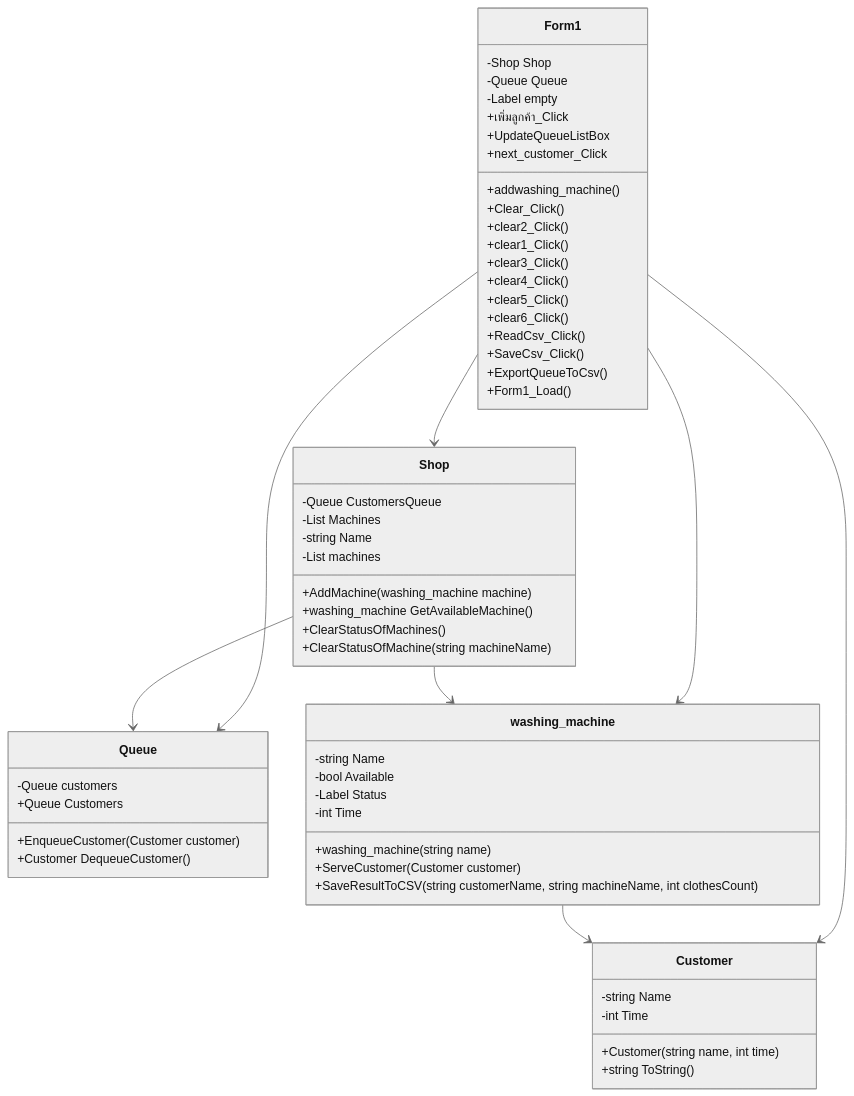
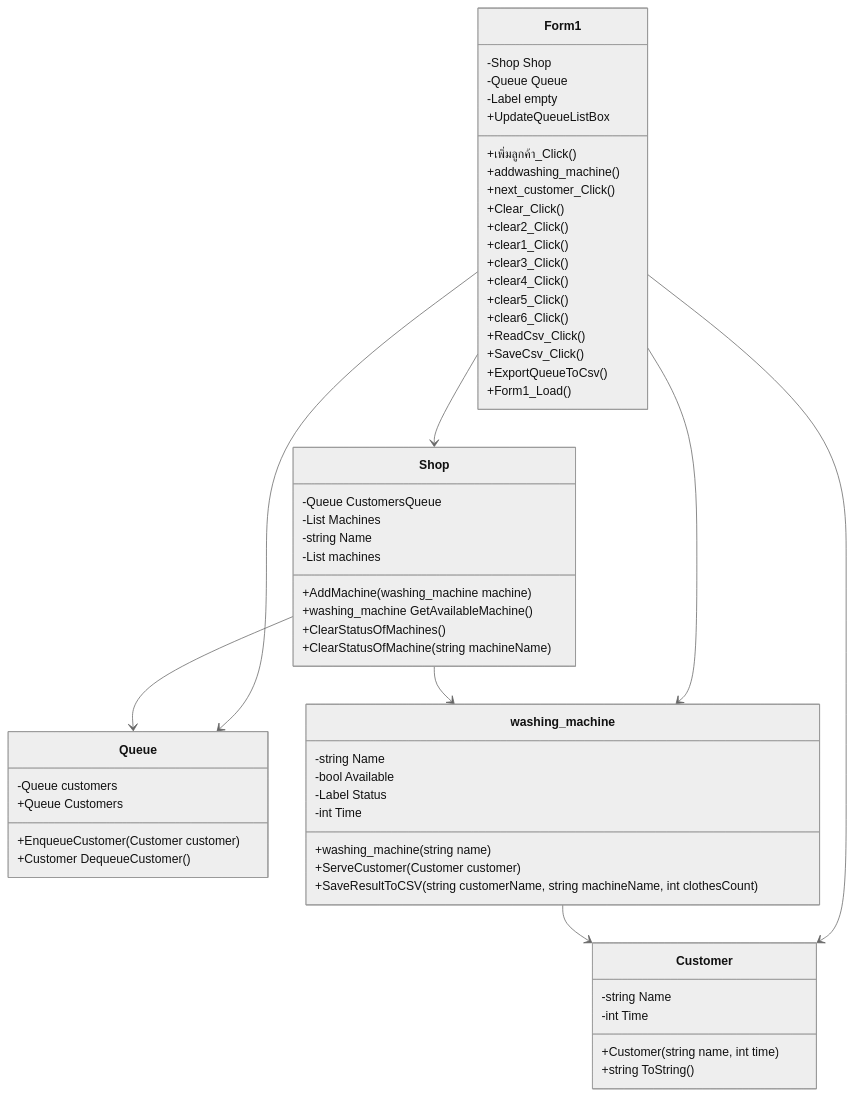
Before and after one commit to Luxkxyz/Project1: the diagram in README.md, drawn with Mermaid (neutral theme).

````diff
--- a/README.md
+++ b/README.md
@@ -40,71 +40,71 @@
 ```mermaid
 classDiagram
     class Form1 {
         -Shop Shop
         -Queue Queue
         -Label empty
-        +เพิ่มลูกค้า_Click
+        +เพิ่มลูกค้า_Click()
         +UpdateQueueListBox
         +addwashing_machine()
-        +next_customer_Click
+        +next_customer_Click()
         +Clear_Click()
         +clear2_Click()
         +clear1_Click()
         +clear3_Click()
         +clear4_Click()
         +clear5_Click()
         +clear6_Click()
         +ReadCsv_Click()
         +SaveCsv_Click()
         +ExportQueueToCsv()
         +Form1_Load()
     }
 
     class Customer {
         -string Name
         -int Time
         +Customer(string name, int time)
         +string ToString()
     }
 
     class Queue {
         -Queue<Customer> customers
         +EnqueueCustomer(Customer customer)
         +Customer DequeueCustomer()
         +Queue<Customer> Customers
     }
 
     class washing_machine {
         -string Name
         -bool Available
         -Label Status
         -int Time
         +washing_machine(string name)
         +ServeCustomer(Customer customer)
         +SaveResultToCSV(string customerName, string machineName, int clothesCount)
     }
 
     class Shop {
         -Queue<Customer> CustomersQueue
         -List<washing_machine> Machines
         -string Name
         -List<washing_machine> machines
         +AddMachine(washing_machine machine)
         +washing_machine GetAvailableMachine()
         +ClearStatusOfMachines()
         +ClearStatusOfMachine(string machineName)
     }
 
  
 
     
 
     Form1 --> Shop
     Form1 --> Queue
     Form1 --> Customer
     Form1 --> washing_machine
     Shop --> Queue
     Shop --> washing_machine
     washing_machine --> Customer
     
 ```
````
